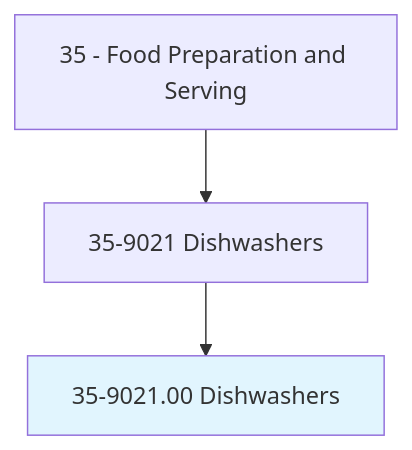
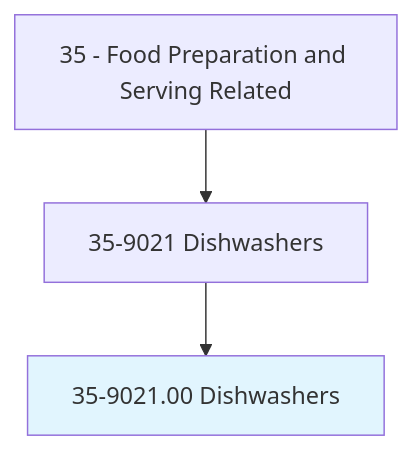
Before and after one commit to kziemski/business.org.ai: the first of 4 diagrams in occupations/FoodService/Dishwashers.mdx, drawn with Mermaid. The commit also changed other lines of this file and 938 other files, not shown here.

````diff
--- a/occupations/FoodService/Dishwashers.mdx
+++ b/occupations/FoodService/Dishwashers.mdx
@@ -19,6 +23,6 @@
 ```mermaid
 graph TD
-    Cat35["35 - Food Preparation and Serving"] --> Group359021["35-9021 Dishwashers"]
+    Cat35["35 - Food Preparation and Serving Related"] --> Group359021["35-9021 Dishwashers"]
     Group359021 --> Current["35-9021.00 Dishwashers"]
     style Current fill:#e1f5fe
 ```
````
